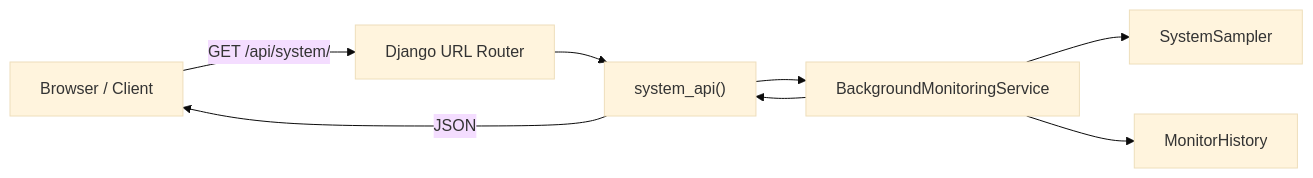
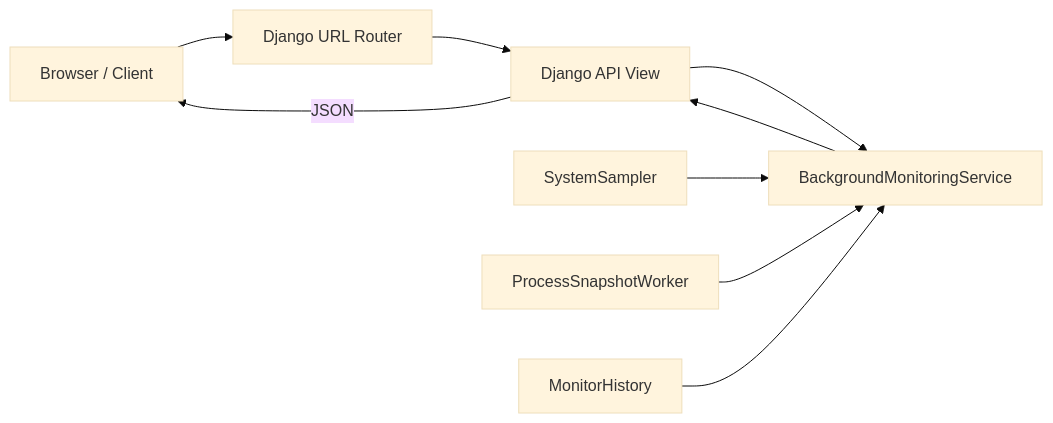
The second of 14 diagrams in docs/api.md (IronRon/Sys-Monitor), drawn with Mermaid (base theme) before and after one commit. The commit also changed other lines of this file and 21 other files, not shown here.

````diff
--- a/docs/api.md
+++ b/docs/api.md
@@ -132,24 +132,21 @@
 ```mermaid
 flowchart LR
     Browser["Browser / Client"]
-
     Router["Django URL Router"]
-
-    View["system_api()"]
-
+    View["Django API View"]
     Service["BackgroundMonitoringService"]
-
     Sampler["SystemSampler"]
-
+    Processes["ProcessSnapshotWorker"]
     History["MonitorHistory"]
 
-    Browser -- "GET /api/system/" --> Router
+    Browser --> Router
     Router --> View
     View --> Service
 
-    Service --> Sampler
-    Service --> History
+    Sampler --> Service
+    Processes --> Service
+    History --> Service
 
     Service --> View
     View -- "JSON" --> Browser
 ```
````
